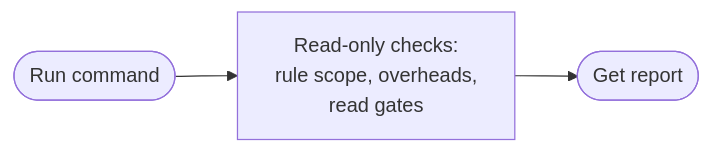
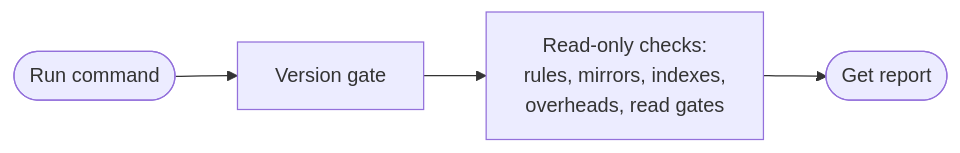
The eighth of 10 diagrams in plugins/planwise/README.md (gabgoss/planwise), drawn with Mermaid before and after one commit. The commit also changed other lines of this file and 1 other file, not shown here.

````diff
--- a/plugins/planwise/README.md
+++ b/plugins/planwise/README.md
@@ -290,4 +303,4 @@
 ```mermaid
 flowchart LR
-    A([Run command]) --> B[Read-only checks:<br/>rule scope, overheads,<br/>read gates] --> C([Get report])
+    A([Run command]) --> B[Version gate] --> C[Read-only checks:<br/>rules, mirrors, indexes,<br/>overheads, read gates] --> D([Get report])
 ```
````
